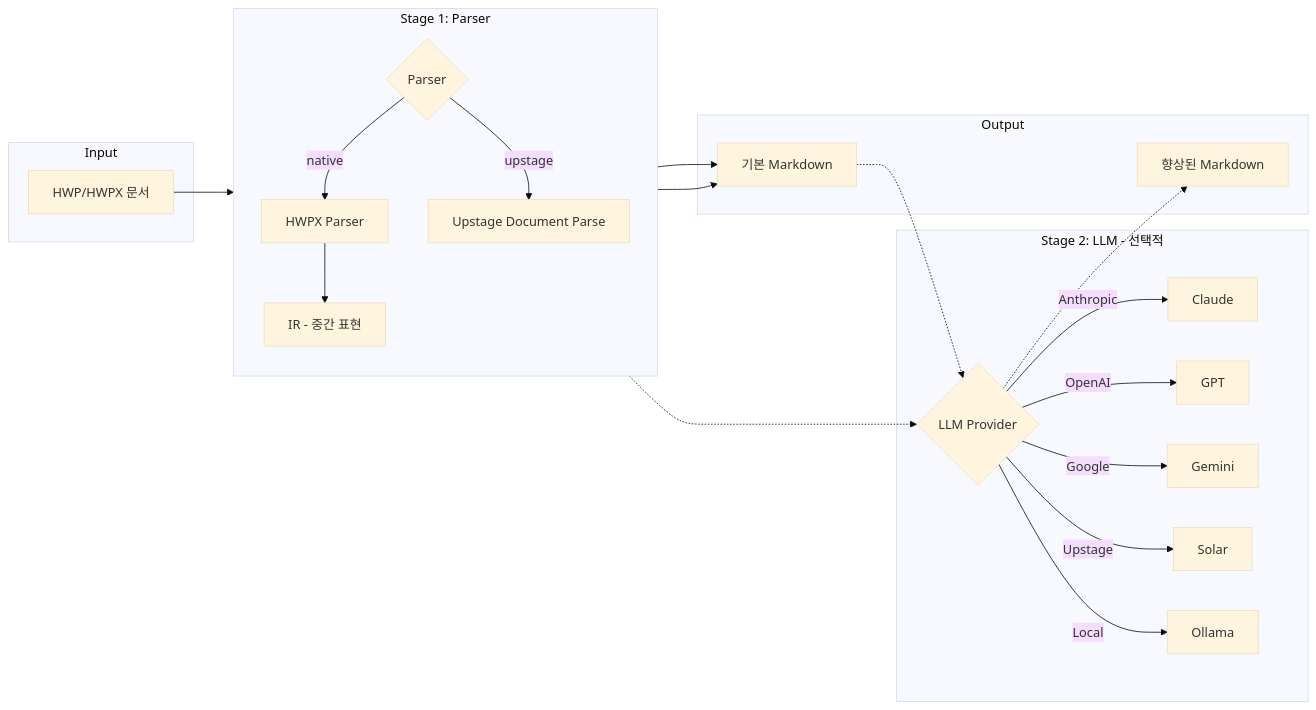
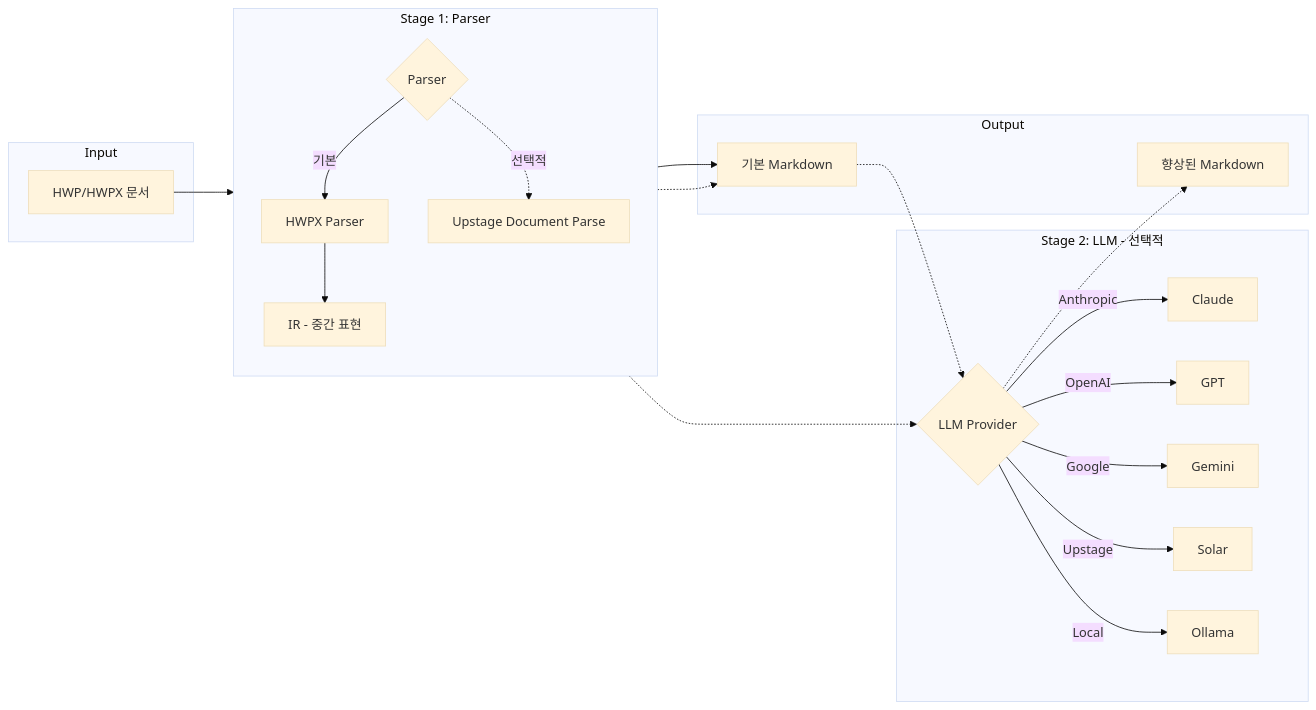
One commit to starhunt/hwp2md changed the diagram in README.md. Above: the diagram before and after it, drawn with Mermaid (base theme). The commit also changed other lines of this file, not shown here.

First line of the commit message:
docs: Upstage Document Parse를 선택적 옵션으로 명시

````diff
--- a/README.md
+++ b/README.md
@@ -16,35 +16,35 @@
 ```mermaid
 flowchart LR
     subgraph Input
         HWP[HWP/HWPX 문서]
     end
 
     subgraph Stage1[Stage 1: Parser]
         direction TB
         Parser{Parser}
-        Parser --> |native| HWPX[HWPX Parser]
-        Parser --> |upstage| Upstage[Upstage Document Parse]
+        Parser --> |기본| HWPX[HWPX Parser]
+        Parser -.-> |선택적| Upstage[Upstage Document Parse]
         HWPX --> IR[IR - 중간 표현]
     end
 
     subgraph Stage2[Stage 2: LLM - 선택적]
         LLM{LLM Provider}
         LLM --> |Anthropic| Claude
         LLM --> |OpenAI| GPT
         LLM --> |Google| Gemini
         LLM --> |Upstage| Solar
         LLM --> |Local| Ollama
     end
 
     subgraph Output
         MD1[기본 Markdown]
         MD2[향상된 Markdown]
     end
 
     HWP --> Parser
     IR --> MD1
-    Upstage --> MD1
+    Upstage -.-> MD1
     IR -.-> LLM
     MD1 -.-> LLM
     LLM -.-> MD2
 ```
````
